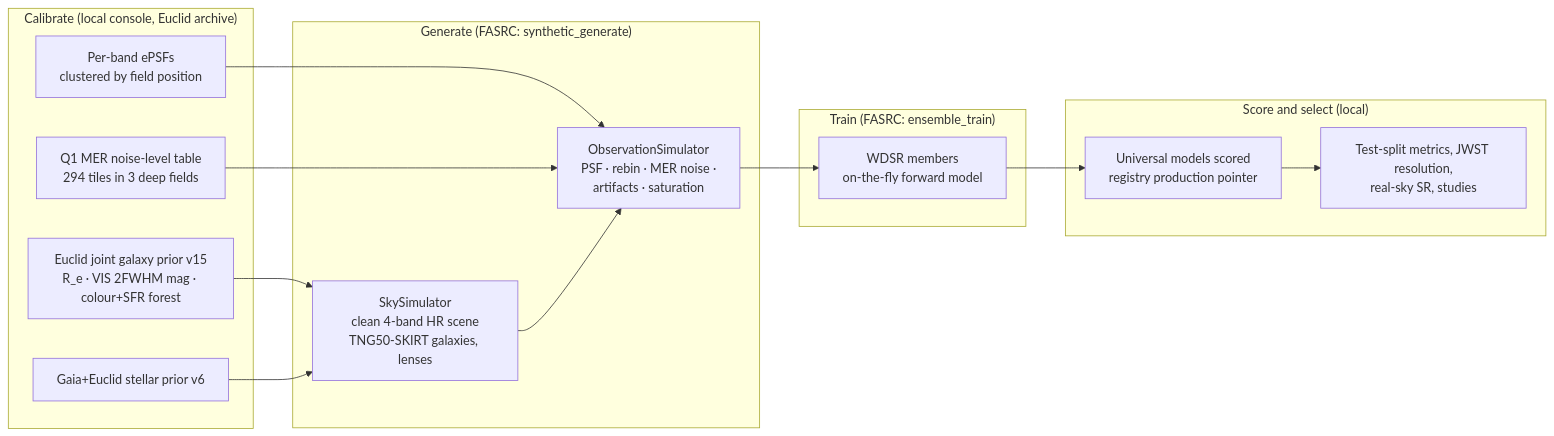
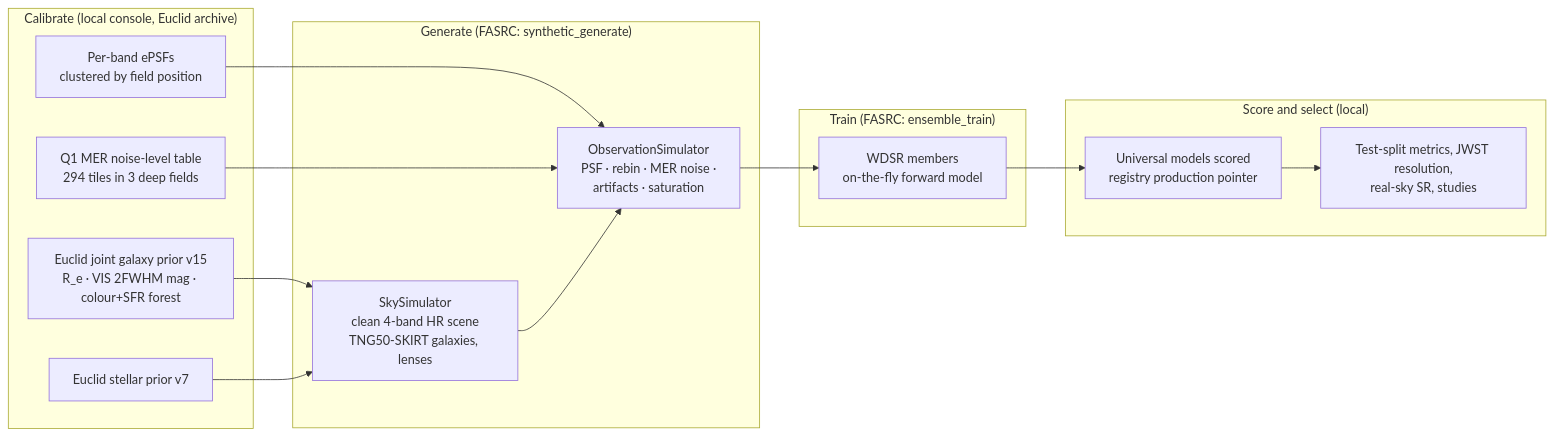
The diagram in README.md (Alarion239/EuclidPolish), drawn with Mermaid before and after one commit. The commit also changed other lines of this file and 250 other files, not shown here.

First line of the commit message:
Star prior v7: Euclid-only colours and Q1-only count slope

````diff
--- a/README.md
+++ b/README.md
@@ -43,23 +43,23 @@
 ```mermaid
 flowchart LR
   subgraph Calibrate["Calibrate (local console, Euclid archive)"]
     P1[Euclid joint galaxy prior v15<br/>R_e · VIS 2FWHM mag · colour+SFR forest]
-    P2[Gaia+Euclid stellar prior v6]
+    P2[Euclid stellar prior v7]
     P3[Per-band ePSFs<br/>clustered by field position]
     P4[Q1 MER noise-level table<br/>294 tiles in 3 deep fields]
   end
   subgraph Generate["Generate (FASRC: synthetic_generate)"]
     G1[SkySimulator<br/>clean 4-band HR scene<br/>TNG50-SKIRT galaxies, lenses]
     G2[ObservationSimulator<br/>PSF · rebin · MER noise ·<br/>artifacts · saturation]
   end
   subgraph Train["Train (FASRC: ensemble_train)"]
     T1[WDSR members<br/>on-the-fly forward model]
   end
   subgraph Combine["Score and select (local)"]
     C1[Universal models scored<br/>registry production pointer]
     C2[Test-split metrics, JWST resolution,<br/>real-sky SR, studies]
   end
   P1 & P2 --> G1
   P3 & P4 --> G2
   G1 --> G2 --> T1 --> C1 --> C2
 ```
````
